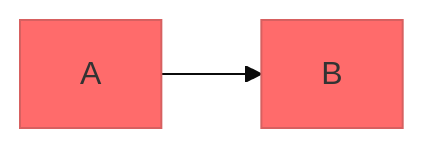
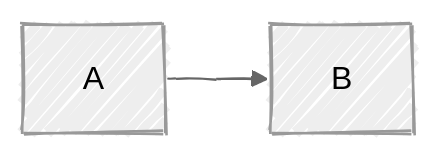
The diagram in workspace/skills/mermaid-diagrams/SKILL.md (techwithanirudh/gorkie), drawn with Mermaid before and after one commit. The commit also changed other lines of this file and 188 other files, not shown here.

````diff
--- a/workspace/skills/mermaid-diagrams/SKILL.md
+++ b/workspace/skills/mermaid-diagrams/SKILL.md
@@ -176,10 +43,9 @@
 ```mermaid
 ---
 config:
-  theme: base
-  themeVariables:
-    primaryColor: "#ff6b6b"
+  theme: neutral
+  look: handDrawn
 ---
 flowchart LR
     A --> B
 ```
````
